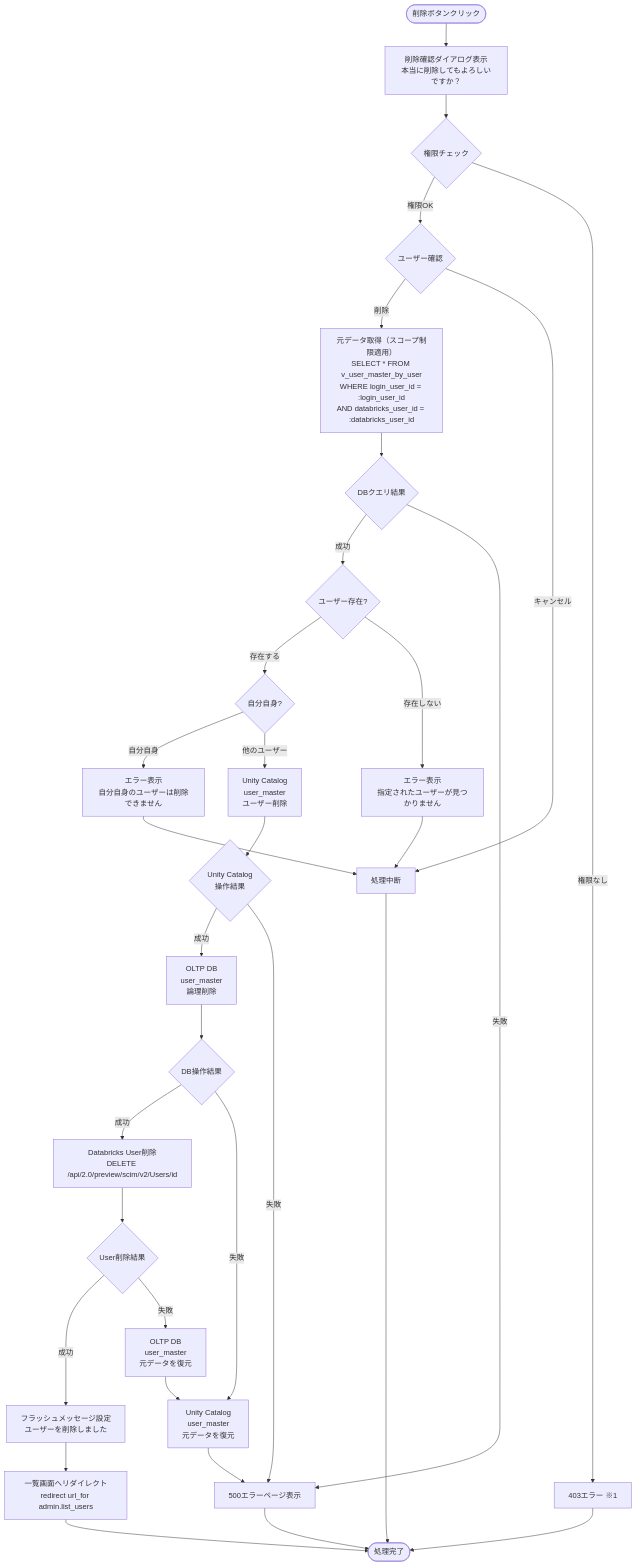
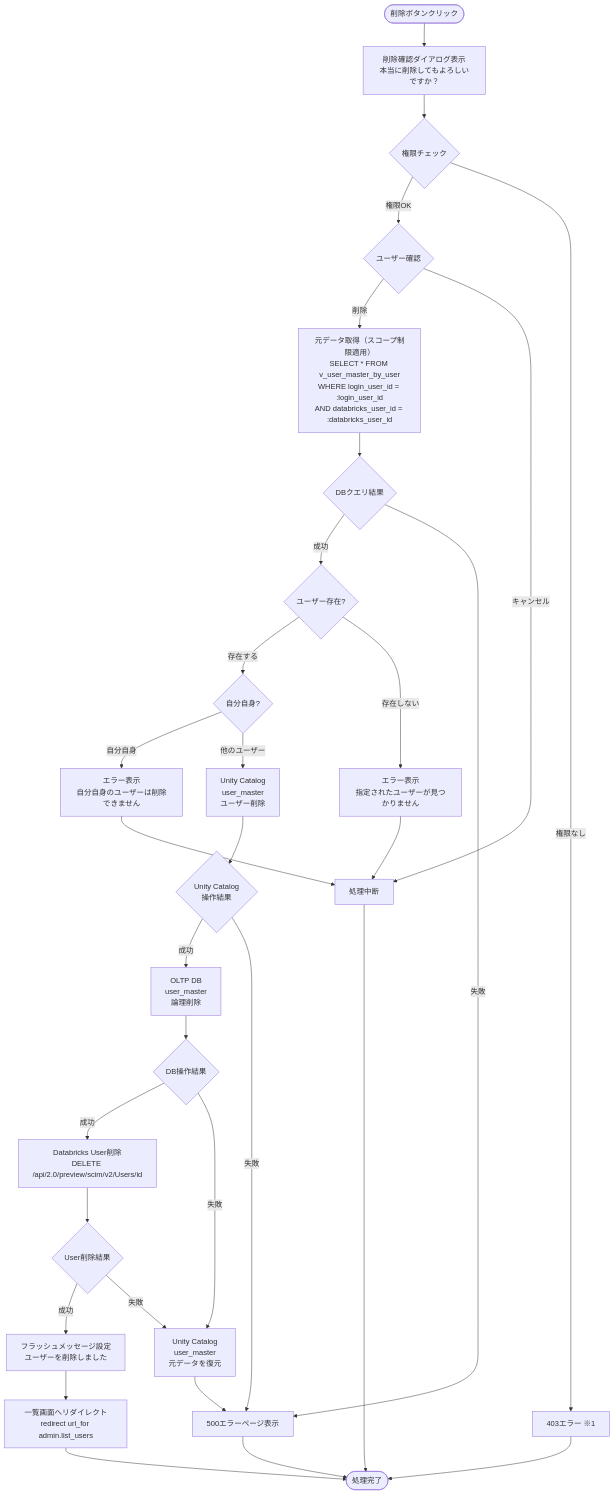
One commit to NSW-SVCP-AIWG002/Databricks-IoT changed the eighth of 8 diagrams in docs/03-features/flask-app/users/workflow-specification.md. Above: the diagram before and after it, drawn with Mermaid. The commit also changed other lines of this file, not shown here.

````diff
--- a/docs/03-features/flask-app/users/workflow-specification.md
+++ b/docs/03-features/flask-app/users/workflow-specification.md
@@ -1647,48 +1452,47 @@
 ```mermaid
 flowchart TD
     Start([削除ボタンクリック]) --> Confirm[削除確認ダイアログ表示<br>本当に削除してもよろしいですか？]
     Confirm --> CheckAuth{権限チェック}
 
     CheckAuth -->|権限OK| ConfirmResult{ユーザー確認}
     CheckAuth -->|権限なし| Error403[403エラー ※1]
 
     ConfirmResult -->|削除| GetOriginal[元データ取得（スコープ制限適用）<br>SELECT * FROM v_user_master_by_user<br>WHERE login_user_id = :login_user_id<br>AND databricks_user_id = :databricks_user_id]
     ConfirmResult -->|キャンセル| ValidEnd[処理中断]
 
     GetOriginal --> CheckDB1{DBクエリ結果}
 
     CheckDB1 -->|成功| CheckResult1{ユーザー存在?}
     CheckDB1 -->|失敗| Error500[500エラーページ表示]
 
     CheckResult1 -->|存在する| CheckSelf{自分自身?}
     CheckResult1 -->|存在しない| NotFoundError[エラー表示<br>指定されたユーザーが見つかりません]
     NotFoundError --> ValidEnd
 
     CheckSelf -->|自分自身| SelfDeleteError[エラー表示<br>自分自身のユーザーは削除できません]
     SelfDeleteError --> ValidEnd
 
     CheckSelf -->|他のユーザー| DeleteUC[Unity Catalog<br>user_master<br>ユーザー削除]
     DeleteUC --> CheckUC{Unity Catalog<br>操作結果}
 
     CheckUC -->|成功| DeleteDBMstr[OLTP DB<br>user_master<br>論理削除]
     CheckUC -->|失敗| Error500
 
     DeleteDBMstr --> CheckDBMstr{DB操作結果}
 
     CheckDBMstr -->|成功| DeleteDbxUser[Databricks User削除<br>DELETE /api/2.0/preview/scim/v2/Users/id]
     CheckDBMstr -->|失敗| RollbackUC[Unity Catalog<br>user_master<br>元データを復元]
     RollbackUC --> Error500
 
     DeleteDbxUser --> DeleteDbxUserResult{User削除結果}
 
     DeleteDbxUserResult -->|成功| Flash[フラッシュメッセージ設定<br>ユーザーを削除しました]
-    DeleteDbxUserResult -->|失敗| RollbackDBMstr[OLTP DB<br>user_master<br>元データを復元]
-    RollbackDBMstr --> RollbackUC
+    DeleteDbxUserResult -->|失敗| RollbackUC
 
     Flash --> Redirect[一覧画面へリダイレクト<br>redirect url_for admin.list_users]
     Redirect --> End([処理完了])
 
     ValidEnd --> End
     Error500 --> End
     Error403 --> End
 ```
````
